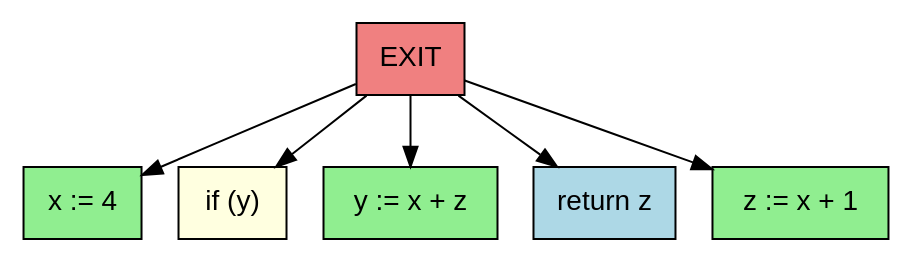
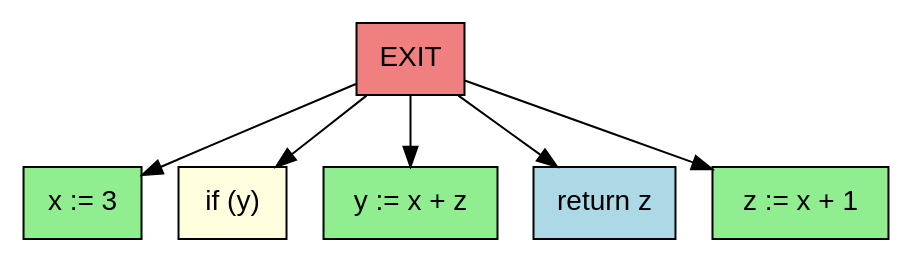
Before and after one commit to eleniogarcia/AnalisisEstatico: the diagram in postdom_tree.dot, drawn with Graphviz. The commit also changed 3 other files, not shown here.

```diff
--- a/postdom_tree.dot
+++ b/postdom_tree.dot
@@ -1,15 +1,15 @@
 digraph PostDomTree {
   rankdir=TB;
   node [shape=box, fontname="Helvetica", style=filled];
-  n0 [label="x := 4", fillcolor=lightgreen];
+  n0 [label="x := 3", fillcolor=lightgreen];
   n1 [label="if (y)", fillcolor=lightyellow];
   n3 [label="y := x + z", fillcolor=lightgreen];
   n4 [label="return z", fillcolor=lightblue];
   n5 [label="EXIT", fillcolor=lightcoral];
   n2 [label="z := x + 1", fillcolor=lightgreen];
   n5 -> n0;
   n5 -> n1;
   n5 -> n3;
   n5 -> n4;
   n5 -> n2;
 }
```
